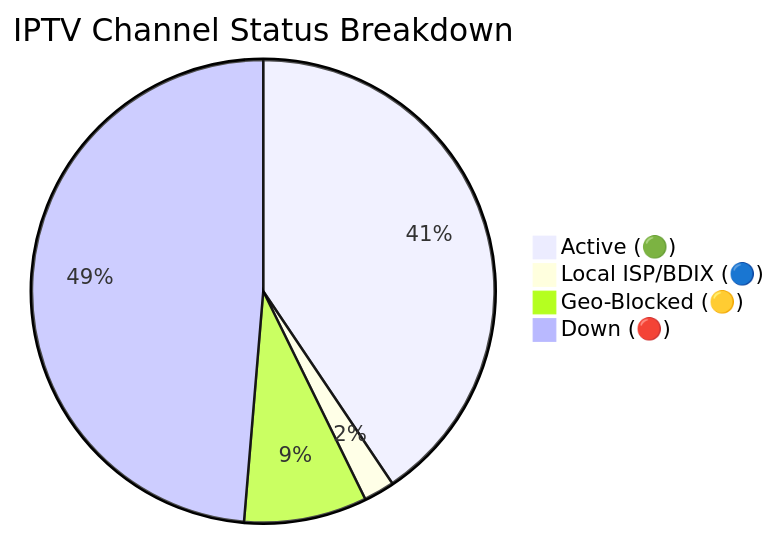
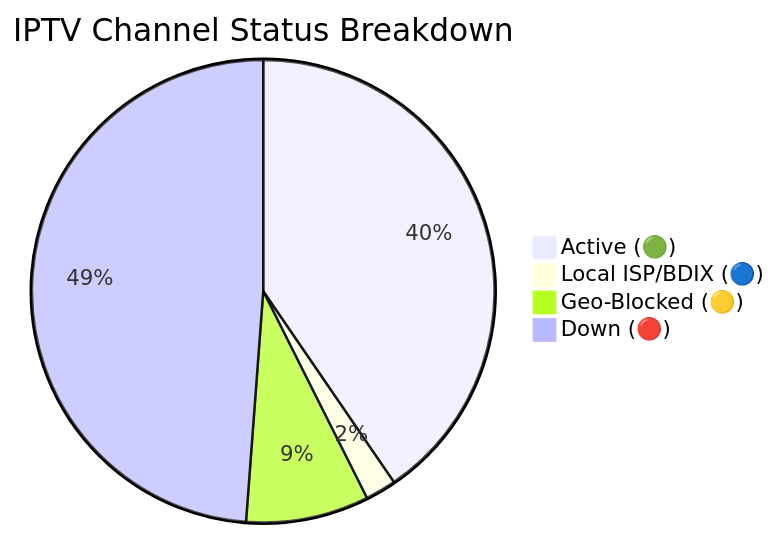
Before and after one commit to andreataylord/Ip-tv-Collection: the diagram in README.md, drawn with Mermaid. The commit also changed other lines of this file and 1 other file, not shown here.

Commit message:
docs(readme): auto-update daily channel status chart

````diff
--- a/README.md
+++ b/README.md
@@ -59,7 +59,7 @@
 ```mermaid
 pie title IPTV Channel Status Breakdown
-    "Active (🟢)" : 2939
+    "Active (🟢)" : 2929
     "Local ISP/BDIX (🔵)" : 156
     "Geo-Blocked (🟡)" : 622
-    "Down (🔴)" : 3525
+    "Down (🔴)" : 3535
 ```
````
